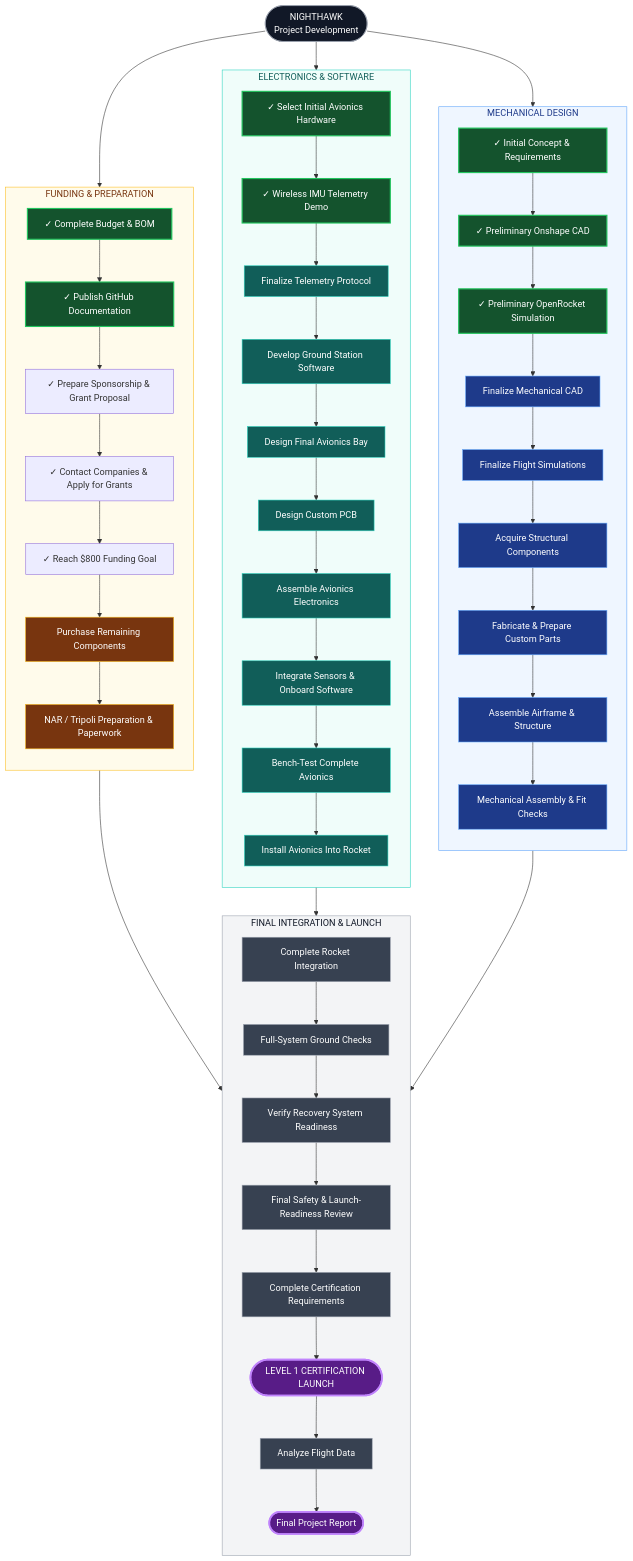
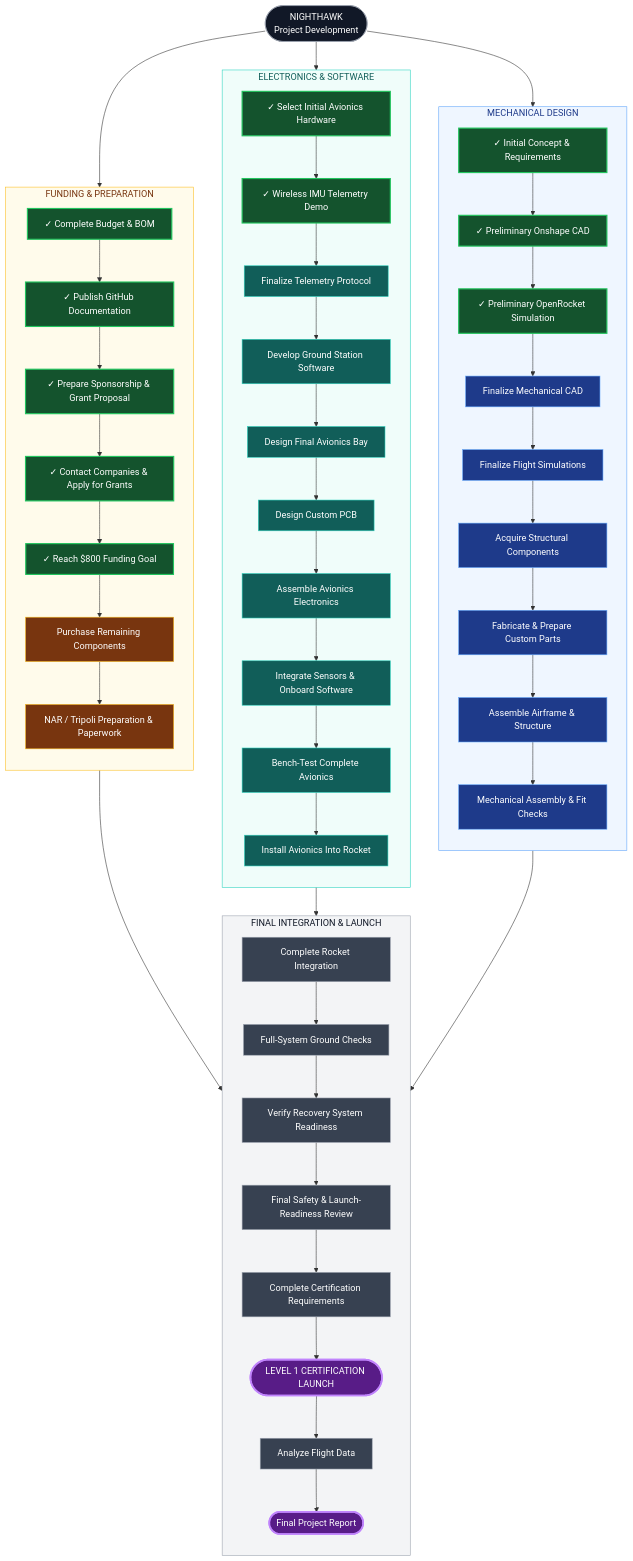
The diagram in docs/ROADMAP.md (landonmaynard/nighthawk), drawn with Mermaid before and after one commit.

```diff
--- a/docs/ROADMAP.md
+++ b/docs/ROADMAP.md
@@ -87,7 +87,7 @@
     classDef highlight fill:#581c87,stroke:#c084fc,color:#ffffff,stroke-width:3px
     classDef start fill:#111827,stroke:#9ca3af,color:#ffffff
 
-    class M1,M2,M3,E1,E2,F1,F2 complete
+    class M1,M2,M3,E1,E2,F1,F2,F3,F4,F5 complete
     class M4,M5,M6,M7,M8,M9 mechanical
     class E3,E4,E5,E6,E7,E8,E9,E10 electronics
     class F6,F7 funding
```
